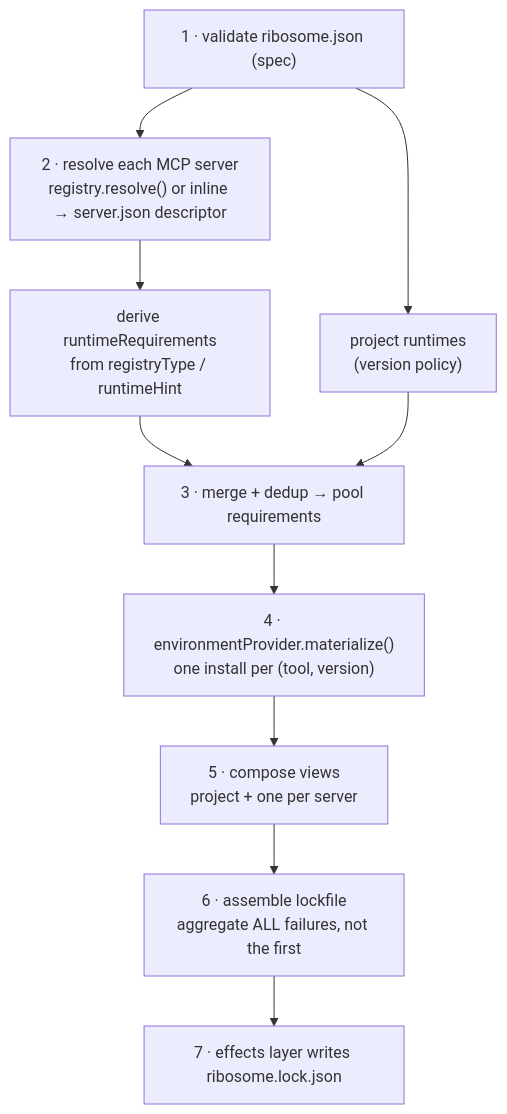
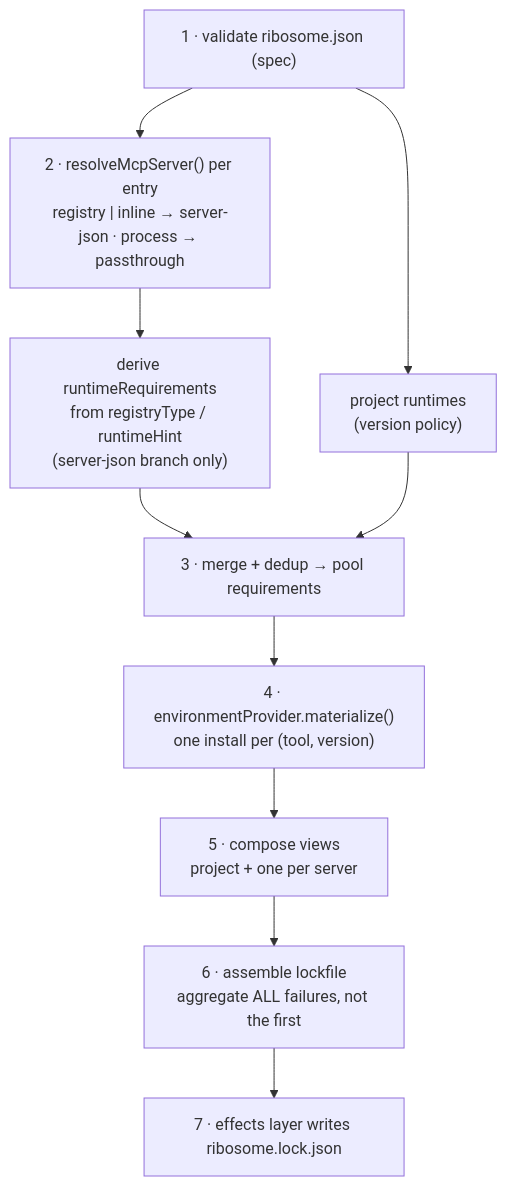
One commit to medullaflow/ribosome changed the third of 3 diagrams in docs/ARCHITECTURE.md. Above: the diagram before and after it, drawn with Mermaid. The commit also changed other lines of this file, not shown here.

First line of the commit message:
docs: realign ARCHITECTURE.md with the MCP Registry Adapter milestone's work

````diff
--- a/docs/ARCHITECTURE.md
+++ b/docs/ARCHITECTURE.md
@@ -220,12 +235,12 @@
 ```mermaid
 flowchart TD
-    A["1 · validate ribosome.json (spec)"] --> B["2 · resolve each MCP server<br/>registry.resolve() or inline → server.json descriptor"]
-    B --> C["derive runtimeRequirements<br/>from registryType / runtimeHint"]
+    A["1 · validate ribosome.json (spec)"] --> B["2 · resolveMcpServer() per entry<br/>registry | inline → server-json · process → passthrough"]
+    B --> C["derive runtimeRequirements<br/>from registryType / runtimeHint<br/>(server-json branch only)"]
     A --> D["project runtimes<br/>(version policy)"]
     C --> E["3 · merge + dedup → pool requirements"]
     D --> E
     E --> F["4 · environmentProvider.materialize()<br/>one install per (tool, version)"]
     F --> G["5 · compose views<br/>project + one per server"]
     G --> H["6 · assemble lockfile<br/>aggregate ALL failures, not the first"]
     H --> I["7 · effects layer writes ribosome.lock.json"]
 ```
````
